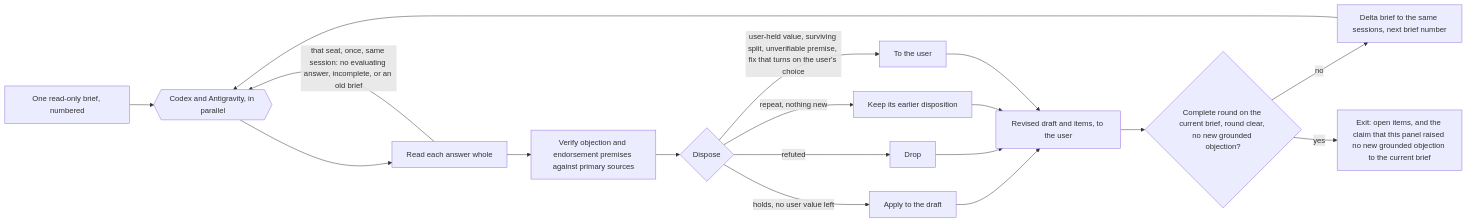
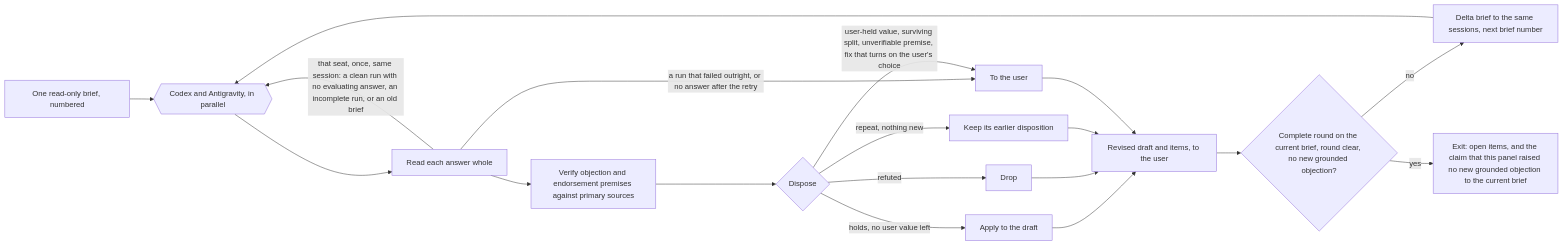
One commit to jongwony/cc-plugin changed the diagram in delphi/README.md. Above: the diagram before and after it, drawn with Mermaid. The commit also changed other lines of this file and 3 other files, not shown here.

````diff
--- a/delphi/README.md
+++ b/delphi/README.md
@@ -9,19 +13,20 @@
 ```mermaid
 flowchart LR
   B[One read-only brief, numbered] --> P{{Codex and Antigravity, in parallel}}
   P --> R[Read each answer whole]
-  R -->|that seat, once, same session: no evaluating answer, incomplete, or an old brief| P
+  R -->|that seat, once, same session: a clean run with no evaluating answer, an incomplete run, or an old brief| P
+  R -->|a run that failed outright, or no answer after the retry| U[To the user]
   R --> V[Verify objection and endorsement premises against primary sources]
   V --> D{Dispose}
   D -->|holds, no user value left| A[Apply to the draft]
   D -->|refuted| X[Drop]
   D -->|repeat, nothing new| K[Keep its earlier disposition]
-  D -->|user-held value, surviving split, unverifiable premise, fix that turns on the user's choice| U[To the user]
+  D -->|user-held value, surviving split, unverifiable premise, fix that turns on the user's choice| U
   A --> H[Revised draft and items, to the user]
   X --> H
   K --> H
   U --> H
   H --> S{Complete round on the current brief, round clear, no new grounded objection?}
   S -->|no| Q[Delta brief to the same sessions, next brief number] --> P
   S -->|yes| E[Exit: open items, and the claim that this panel raised no new grounded objection to the current brief]
 ```
````
